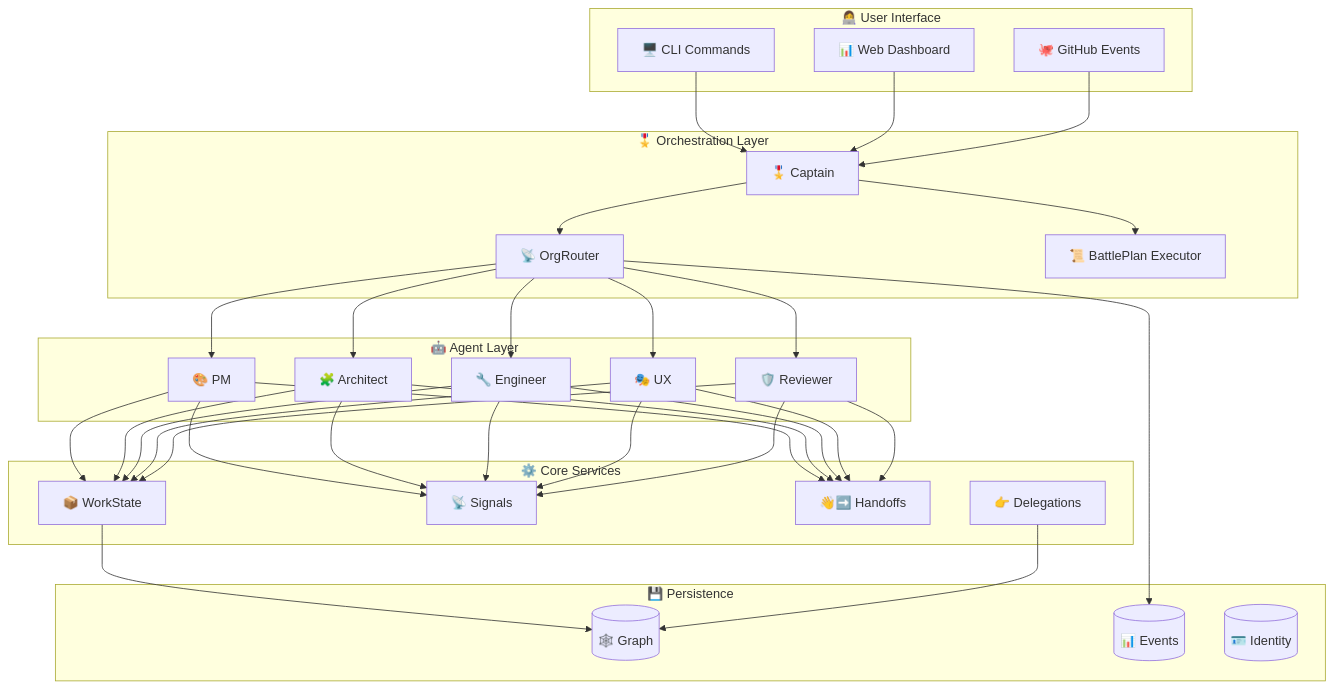
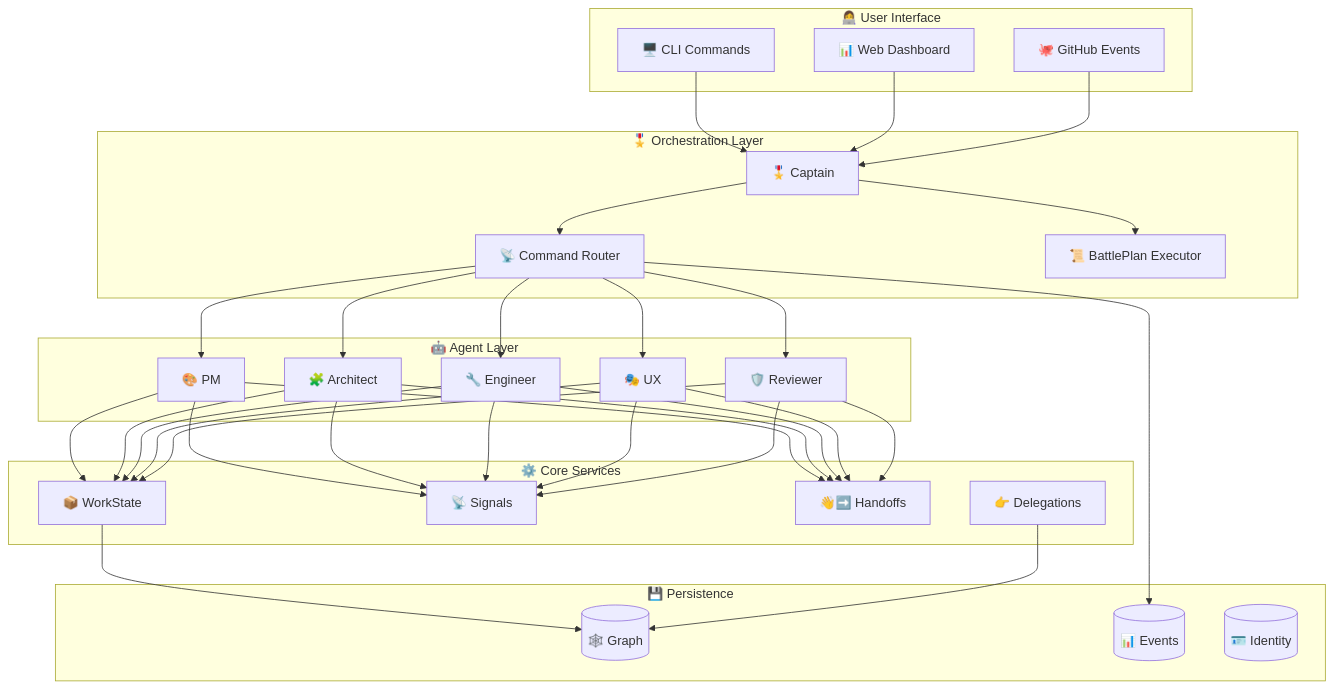
Before and after one commit to jnPiyush/AI-Squad: the eighth of 8 diagrams in README.md, drawn with Mermaid. The commit also changed other lines of this file and 5 other files, not shown here.

````diff
--- a/README.md
+++ b/README.md
@@ -632,43 +632,43 @@
 ```mermaid
 graph TB
     subgraph "👩‍💻 User Interface"
         CLI["🖥️ CLI Commands"]
         Dashboard["📊 Web Dashboard"]
         GH["🐙 GitHub Events"]
     end
     
     subgraph "🎖️ Orchestration Layer"
         Captain["🎖️ Captain"]
-        Router["📡 OrgRouter"]
+        Router["📡 Command Router"]
         BPE["📜 BattlePlan Executor"]
     end
     
     subgraph "🤖 Agent Layer"
         PM["🎨 PM"]
         Arch["🧩 Architect"]
         Eng["🔧 Engineer"]
         UX["🎭 UX"]
         Rev["🛡️ Reviewer"]
     end
     
     subgraph "⚙️ Core Services"
         WS["📦 WorkState"]
         Signal["📡 Signals"]
         Handoff["👋➡️ Handoffs"]
         Del["👉 Delegations"]
     end
     
     subgraph "💾 Persistence"
         Graph[("🕸️ Graph")]
         Events[("📊 Events")]
         Identity[("🪪 Identity")]
     end
     
     CLI & Dashboard & GH --> Captain
     Captain --> Router --> PM & Arch & Eng & UX & Rev
     Captain --> BPE
     PM & Arch & Eng & UX & Rev --> WS & Signal & Handoff
     WS --> Graph
     Del --> Graph
     Router --> Events
 ```
````
